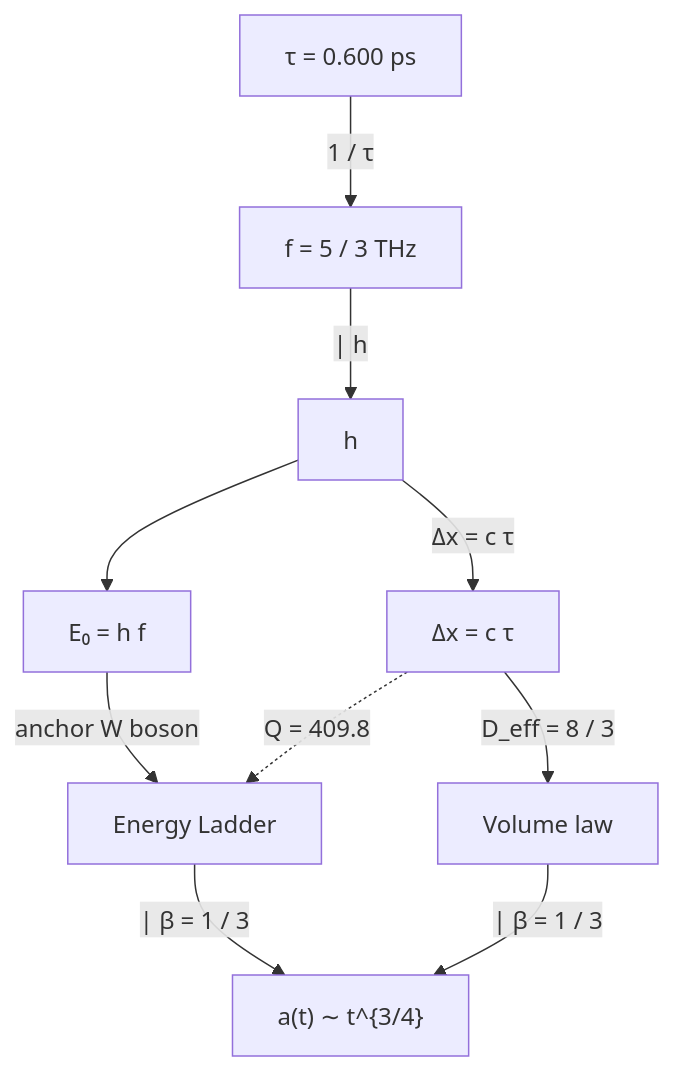
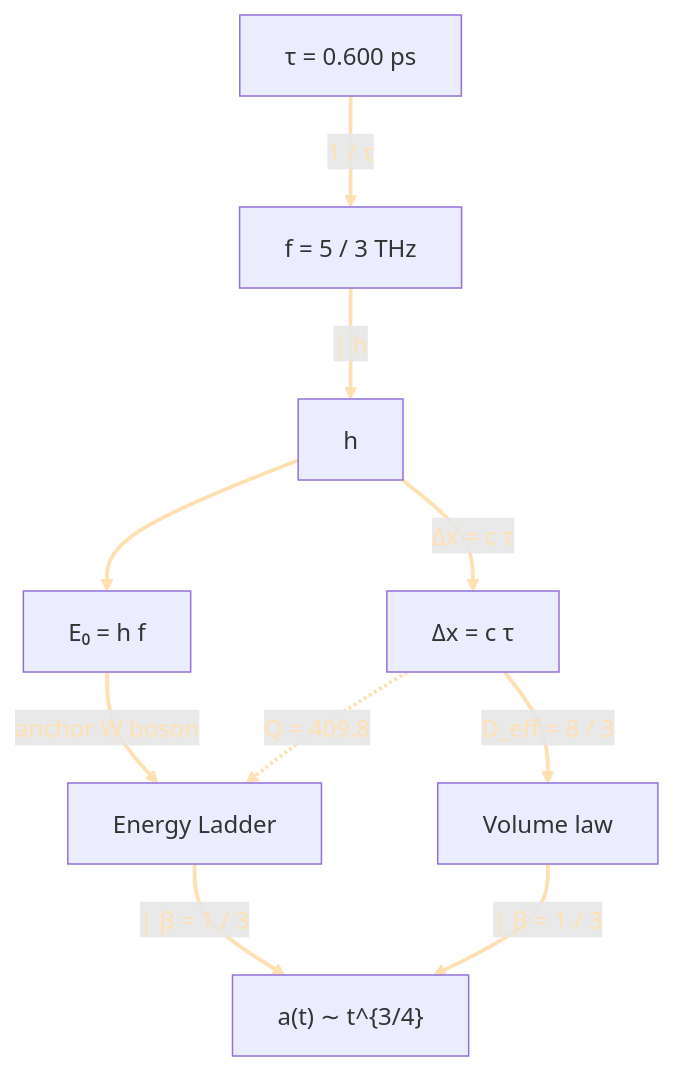
One commit to CosmicReplicator/AeonLoop changed the diagram in Papers/Formulas_II.md. Above: the diagram before and after it, drawn with Mermaid.

```diff
--- a/Papers/Formulas_II.md
+++ b/Papers/Formulas_II.md
@@ -8,12 +8,14 @@
 <div class="mermaid" markdown="0">
 flowchart TD
   A["τ = 0.600 ps"] -- "1 / τ" --> B
   B["f = 5 / 3 THz"] --| h --> C[h]
   C --> D["E₀ = h f"]
   C -- "Δx = c τ" --> E["Δx = c τ"]
   E -- "D_eff = 8 / 3" --> F["Volume law"]
   D -- "anchor W boson" --> G["Energy Ladder"]
   G --| β = 1 / 3 --> H["a(t) ∼ t^{3/4}"]
   F --| β = 1 / 3 --> H
   E  -. "Q = 409.8" .-> G
+  %%  ONE line: every arrow & line turns cream
+  linkStyle default stroke:#FFE0B2,stroke-width:2.5px,fill:none,color:#FFE0B2
   </div>
```
